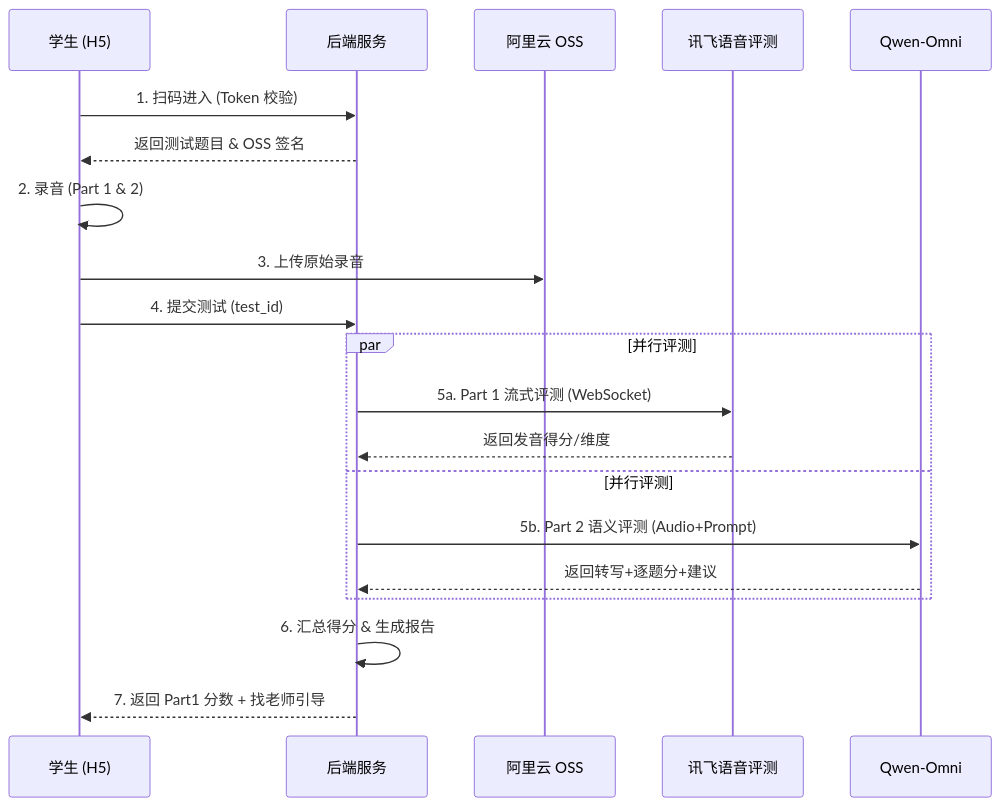
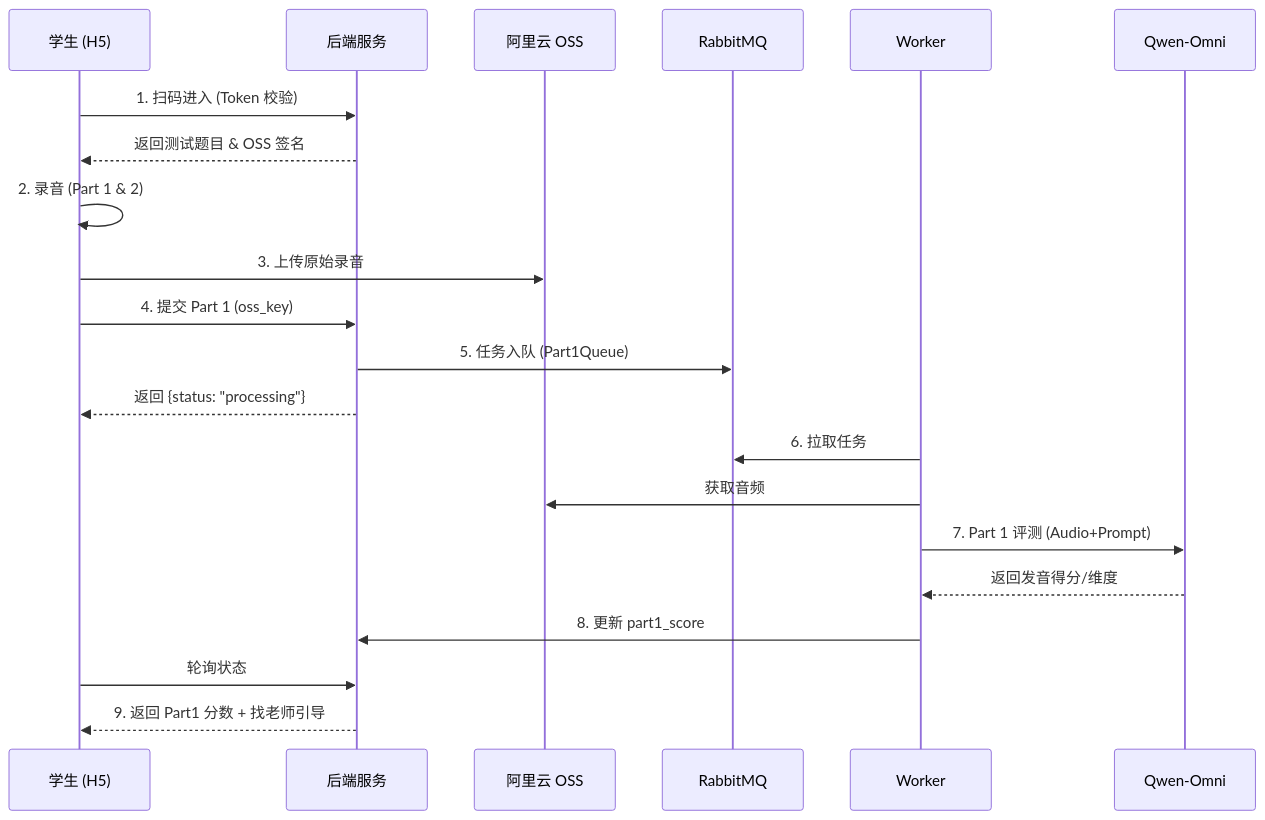
One commit to ruiwang20010702/speakingtest changed the third of 5 diagrams in PRD_口语测评系统.md. Above: the diagram before and after it, drawn with Mermaid. The commit also changed other lines of this file and 20 other files, not shown here.

````diff
--- a/PRD_口语测评系统.md
+++ b/PRD_口语测评系统.md
@@ -343,25 +349,26 @@
 ```mermaid
 sequenceDiagram
     participant S as 学生 (H5)
     participant B as 后端服务
     participant OSS as 阿里云 OSS
-    participant XF as 讯飞语音评测
+    participant MQ as RabbitMQ
+    participant W as Worker
     participant QW as Qwen-Omni
 
     S->>B: 1. 扫码进入 (Token 校验)
     B-->>S: 返回测试题目 & OSS 签名
     S->>S: 2. 录音 (Part 1 & 2)
     S->>OSS: 3. 上传原始录音
-    S->>B: 4. 提交测试 (test_id)
+    S->>B: 4. 提交 Part 1 (oss_key)
+    B->>MQ: 5. 任务入队 (Part1Queue)
+    B-->>S: 返回 {status: "processing"}
     
-    par 并行评测
-        B->>XF: 5a. Part 1 流式评测 (WebSocket)
-        XF-->>B: 返回发音得分/维度
-    and 并行评测
-        B->>QW: 5b. Part 2 语义评测 (Audio+Prompt)
-        QW-->>B: 返回转写+逐题分+建议
-    end
-
-    B->>B: 6. 汇总得分 & 生成报告
-    B-->>S: 7. 返回 Part1 分数 + 找老师引导
+    W->>MQ: 6. 拉取任务
+    W->>OSS: 获取音频
+    W->>QW: 7. Part 1 评测 (Audio+Prompt)
+    QW-->>W: 返回发音得分/维度
+    W->>B: 8. 更新 part1_score
+    
+    S->>B: 轮询状态
+    B-->>S: 9. 返回 Part1 分数 + 找老师引导
 ```
````
